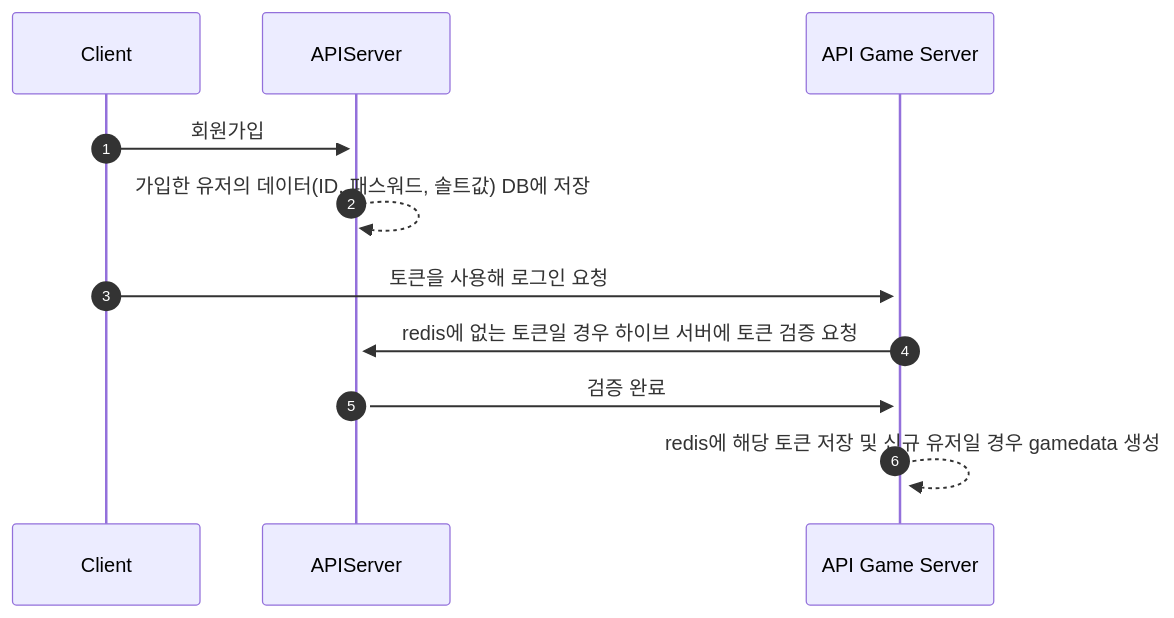
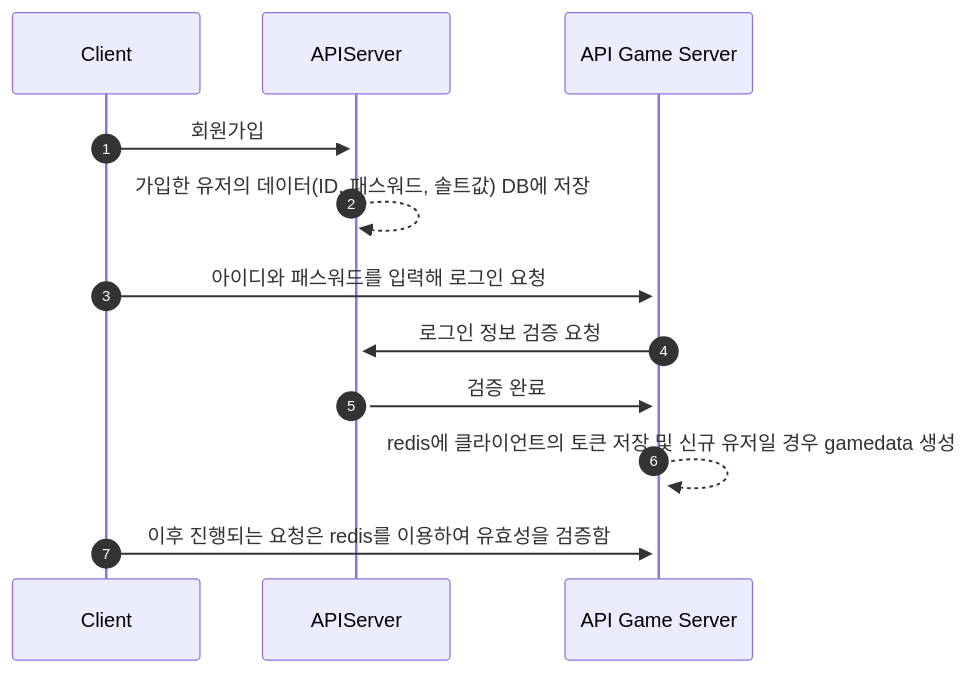
The diagram in SequenceDiagram.md (KMH8359/ServerCampus_APIServer), drawn with Mermaid before and after one commit.

````diff
--- a/SequenceDiagram.md
+++ b/SequenceDiagram.md
@@ -1,16 +1,17 @@
 ```mermaid
   sequenceDiagram
     participant client as Client
     participant apiserver as APIServer
     participant apigameserver as API Game Server
     
     autonumber
     
     client ->>+ apiserver: 회원가입
     apiserver -->> apiserver: 가입한 유저의 데이터(ID, 패스워드, 솔트값) DB에 저장
-    client ->>+ apigameserver: 토큰을 사용해 로그인 요청
-    apigameserver ->> apiserver: redis에 없는 토큰일 경우 하이브 서버에 토큰 검증 요청
+    client ->>+ apigameserver: 아이디와 패스워드를 입력해 로그인 요청
+    apigameserver ->> apiserver: 로그인 정보 검증 요청
     apiserver ->>+ apigameserver: 검증 완료
-    apigameserver -->> apigameserver: redis에 해당 토큰 저장 및 신규 유저일 경우 gamedata 생성
+    apigameserver -->> apigameserver: redis에 클라이언트의 토큰 저장 및 신규 유저일 경우 gamedata 생성
+    client ->>+ apigameserver: 이후 진행되는 요청은 redis를 이용하여 유효성을 검증함
 
 ```
````
